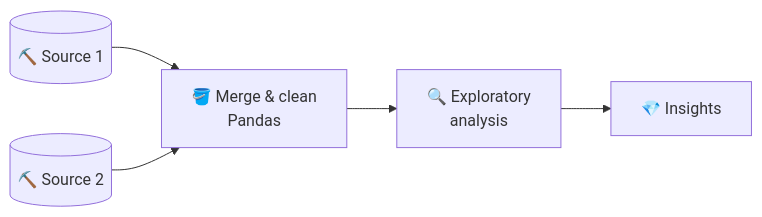
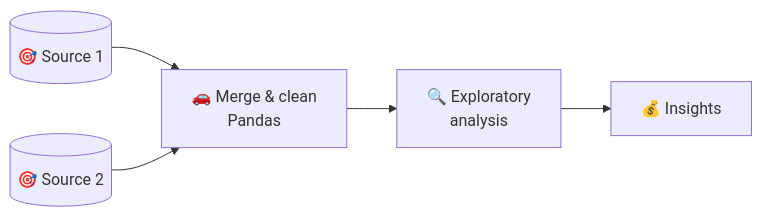
Before and after one commit to gaurav190901/gaurav190901: the fourth of 4 diagrams in README.md, drawn with Mermaid. The commit also changed other lines of this file and 1 other file, not shown here.

````diff
--- a/README.md
+++ b/README.md
@@ -121,6 +123,6 @@
 ```mermaid
 flowchart LR
-    A[(⛏️ Source 1)] --> C[🪣 Merge & clean<br/>Pandas]
-    B[(⛏️ Source 2)] --> C
-    C --> D[🔍 Exploratory<br/>analysis] --> E[💎 Insights]
+    A[(🎯 Source 1)] --> C[🚗 Merge & clean<br/>Pandas]
+    B[(🎯 Source 2)] --> C
+    C --> D[🔍 Exploratory<br/>analysis] --> E[💰 Insights]
 ```
````
